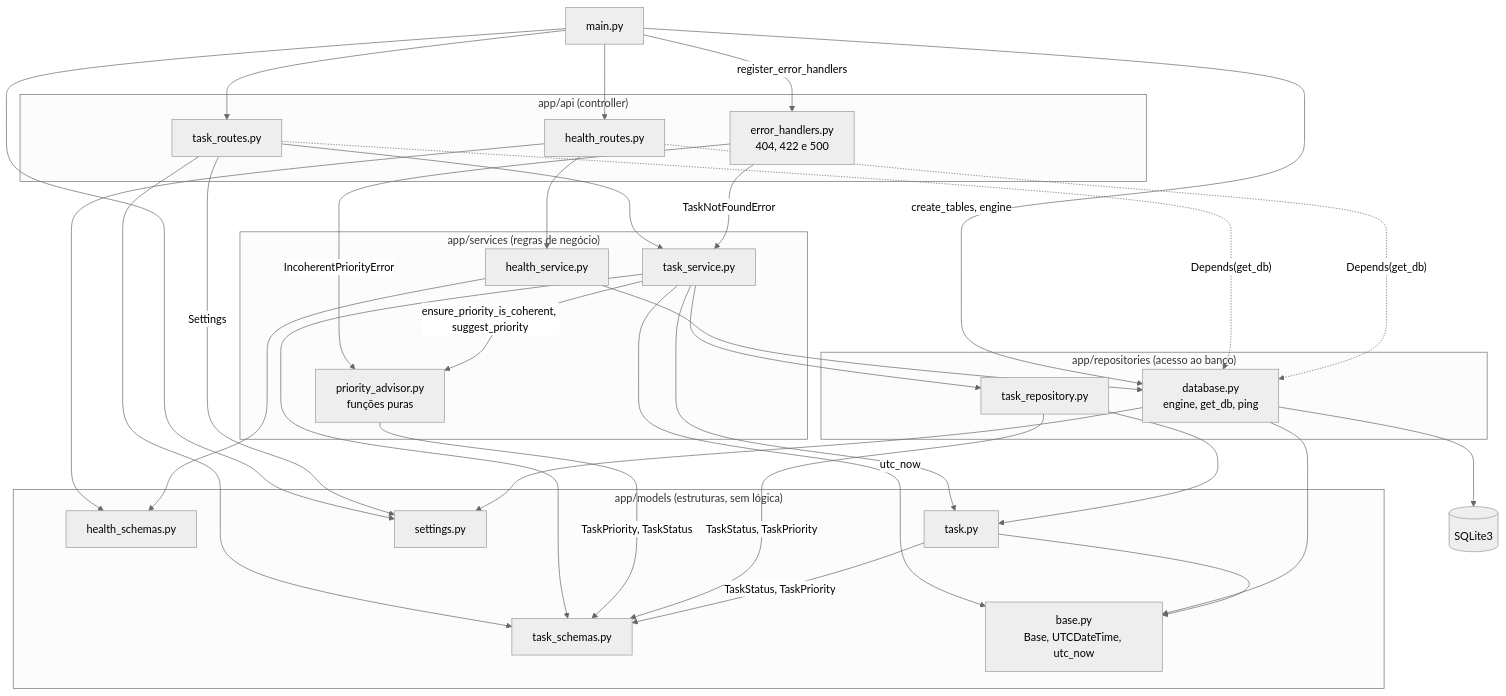
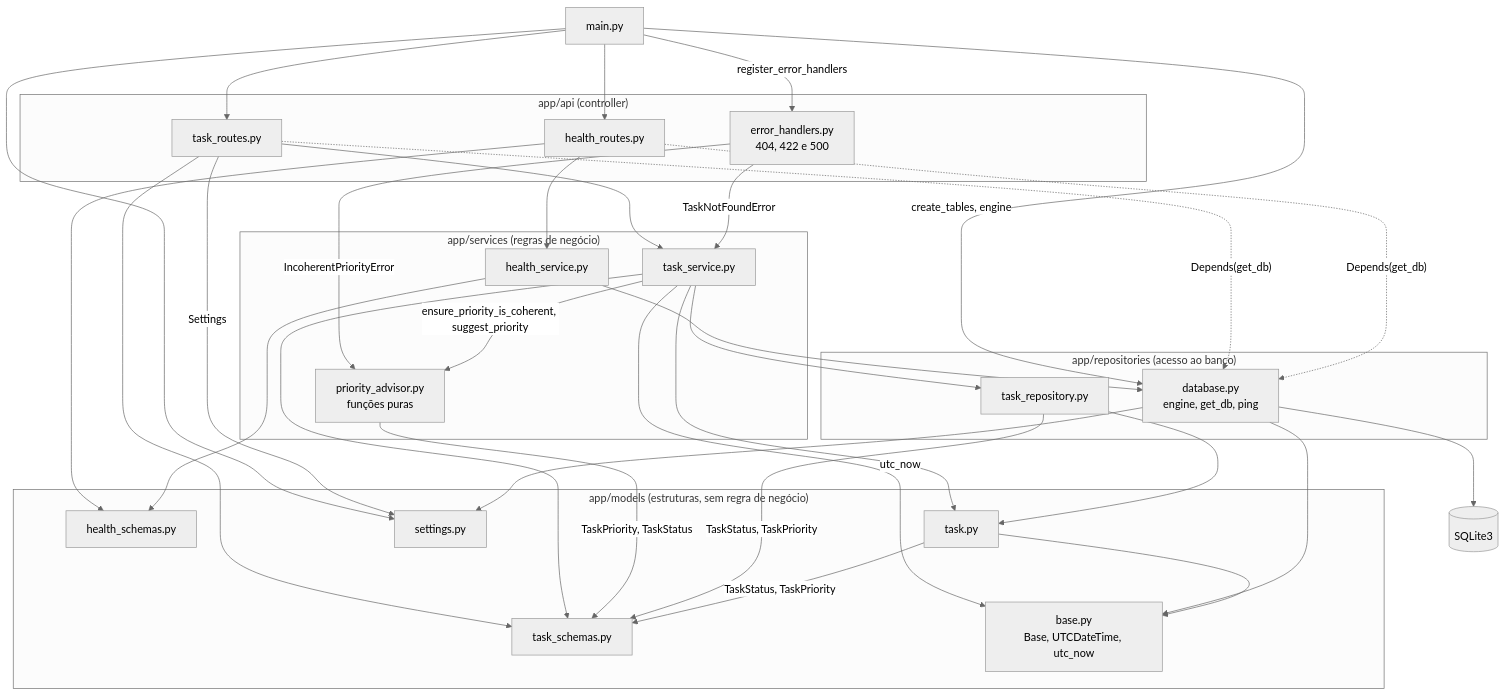
Before and after one commit to luisZsiqueira/laboratorio-projeto: the first of 6 diagrams in docs/arquitetura.md, drawn with Mermaid (neutral theme). The commit also changed other lines of this file and 6 other files, not shown here.

````diff
--- a/docs/arquitetura.md
+++ b/docs/arquitetura.md
@@ -23,65 +23,65 @@
 ```mermaid
 flowchart TD
     main["main.py"]
 
     subgraph api["app/api (controller)"]
         task_routes["task_routes.py"]
         health_routes["health_routes.py"]
         error_handlers["error_handlers.py<br/>404, 422 e 500"]
     end
 
     subgraph services["app/services (regras de negócio)"]
         task_service["task_service.py"]
         priority_advisor["priority_advisor.py<br/>funções puras"]
         health_service["health_service.py"]
     end
 
     subgraph repositories["app/repositories (acesso ao banco)"]
         task_repository["task_repository.py"]
         database["database.py<br/>engine, get_db, ping"]
     end
 
-    subgraph models["app/models (estruturas, sem lógica)"]
+    subgraph models["app/models (estruturas, sem regra de negócio)"]
         task_schemas["task_schemas.py"]
         health_schemas["health_schemas.py"]
         task["task.py"]
         base["base.py<br/>Base, UTCDateTime, utc_now"]
         settings["settings.py"]
     end
 
     db[("SQLite3")]
 
     main --> task_routes
     main --> health_routes
     main -->|"create_tables, engine"| database
     main --> settings
     main -->|"register_error_handlers"| error_handlers
 
     task_routes --> task_service
     task_routes --> task_schemas
     task_routes -->|"Settings"| settings
     health_routes --> health_service
     health_routes --> health_schemas
     task_routes -.->|"Depends(get_db)"| database
     health_routes -.->|"Depends(get_db)"| database
     error_handlers -->|"TaskNotFoundError"| task_service
     error_handlers -->|"IncoherentPriorityError"| priority_advisor
 
     task_service -->|"ensure_priority_is_coherent, suggest_priority"| priority_advisor
     task_service --> task_repository
     task_service --> task_schemas
     task_service --> task
     task_service -->|"utc_now"| base
     priority_advisor -->|"TaskPriority, TaskStatus"| task_schemas
     health_service --> database
     health_service --> health_schemas
 
     task_repository --> task
     task_repository -->|"TaskStatus, TaskPriority"| task_schemas
     database --> base
     database --> settings
     task --> base
     task -->|"TaskStatus, TaskPriority"| task_schemas
 
     database --> db
 ```
````
